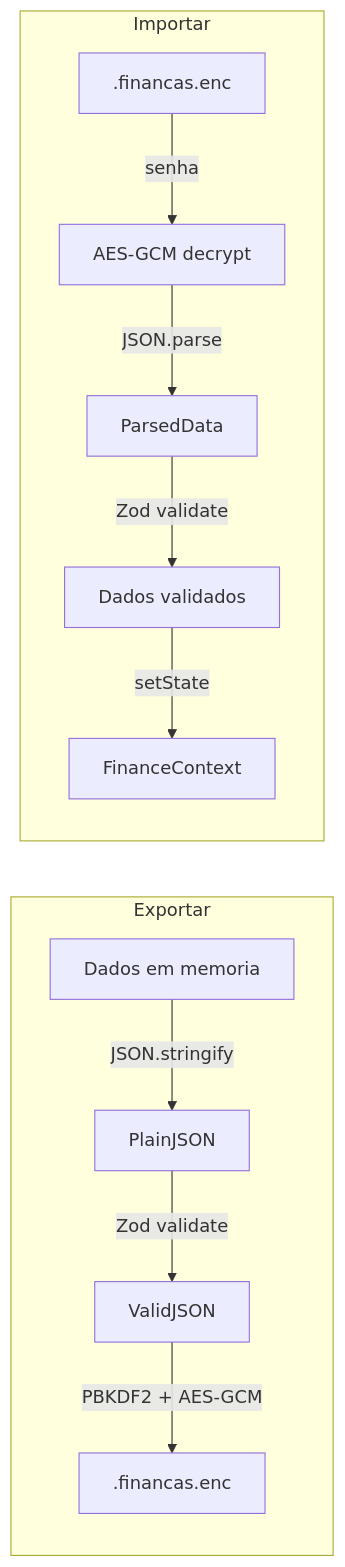
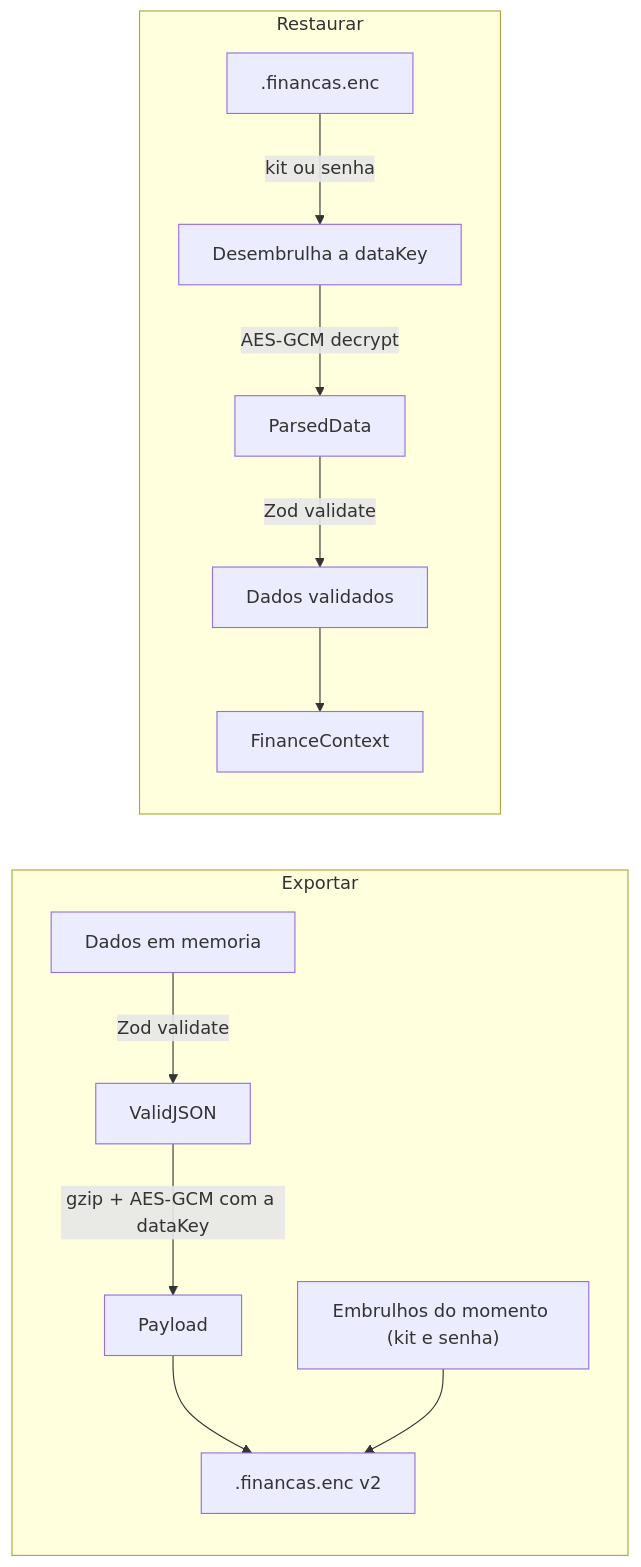
The third of 3 diagrams in docs/ARCHITECTURE.md (Kauaioliveira/financas-pro), drawn with Mermaid before and after one commit. The commit also changed other lines of this file and 7 other files, not shown here.

````diff
--- a/docs/ARCHITECTURE.md
+++ b/docs/ARCHITECTURE.md
@@ -125,14 +222,15 @@
 ```mermaid
 flowchart LR
   subgraph exportFlow [Exportar]
-    FinData[Dados em memoria] -->|JSON.stringify| PlainJSON
-    PlainJSON -->|Zod validate| ValidJSON
-    ValidJSON -->|PBKDF2 + AES-GCM| EncFile[".financas.enc"]
+    FinData[Dados em memoria] -->|Zod validate| ValidJSON
+    ValidJSON -->|gzip + AES-GCM com a dataKey| Payload
+    Payload --> File[".financas.enc v2"]
+    Wraps["Embrulhos do momento (kit e senha)"] --> File
   end
-  subgraph importFlow [Importar]
-    EncFile2[".financas.enc"] -->|senha| Decrypt[AES-GCM decrypt]
-    Decrypt -->|JSON.parse| ParsedData
+  subgraph importFlow [Restaurar]
+    File2[".financas.enc"] -->|kit ou senha| Unwrap[Desembrulha a dataKey]
+    Unwrap -->|AES-GCM decrypt| ParsedData
     ParsedData -->|Zod validate| SafeData[Dados validados]
-    SafeData -->|setState| FinCtx2[FinanceContext]
+    SafeData --> FinCtx2[FinanceContext]
   end
 ```
````
